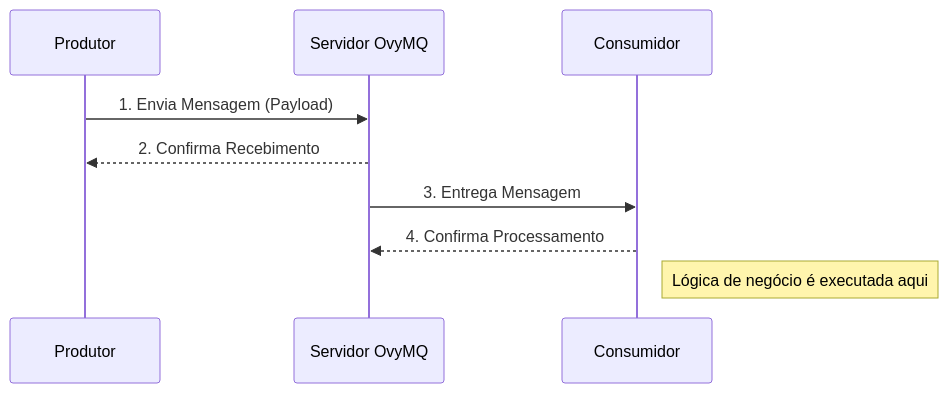
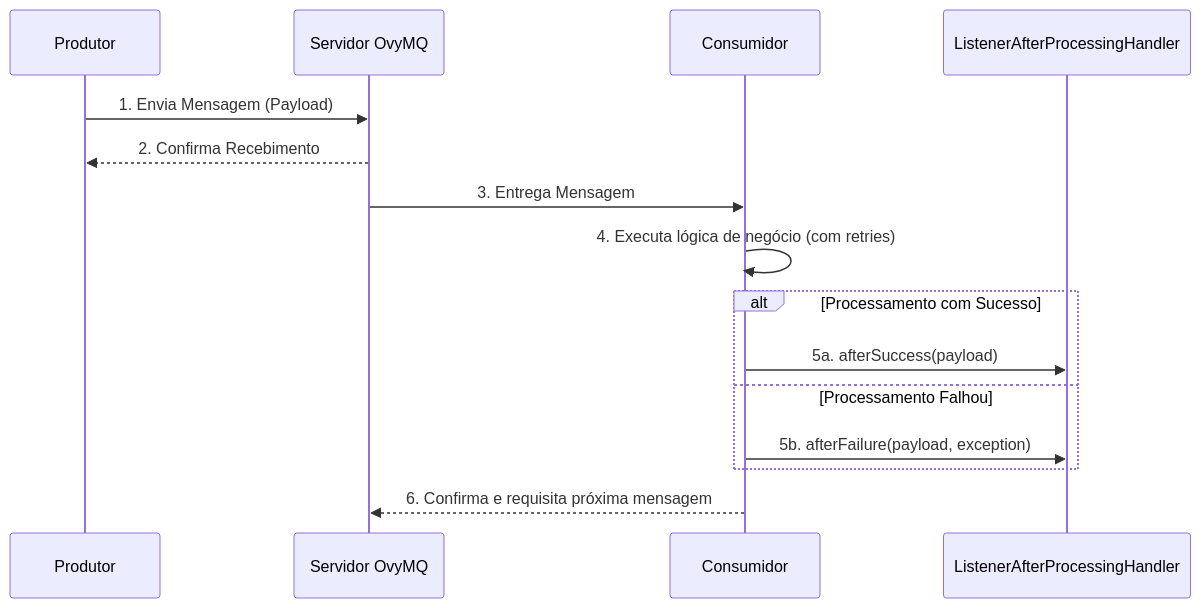
One commit to jotabrc/ovy_mq changed the third of 4 diagrams in README.md. Above: the diagram before and after it, drawn with Mermaid. The commit also changed other lines of this file and 4 other files, not shown here.

Commit message:
feat: Listener payload proccessing retries and afterSuccess or afterFailure hooks

````diff
--- a/README.md
+++ b/README.md
@@ -271,12 +286,18 @@
 ```mermaid
 sequenceDiagram
     participant Produtor
     participant Servidor OvyMQ
     participant Consumidor
+    participant ListenerAfterProcessingHandler
 
     Produtor->>Servidor OvyMQ: 1. Envia Mensagem (Payload)
     Servidor OvyMQ-->>Produtor: 2. Confirma Recebimento
     Servidor OvyMQ->>Consumidor: 3. Entrega Mensagem
-    Consumidor-->>Servidor OvyMQ: 4. Confirma Processamento
-    Note right of Consumidor: Lógica de negócio é executada aqui
+    Consumidor->>Consumidor: 4. Executa lógica de negócio (com retries)
+    alt Processamento com Sucesso
+        Consumidor->>ListenerAfterProcessingHandler: 5a. afterSuccess(payload)
+    else Processamento Falhou
+        Consumidor->>ListenerAfterProcessingHandler: 5b. afterFailure(payload, exception)
+    end
+    Consumidor-->>Servidor OvyMQ: 6. Confirma e requisita próxima mensagem
 ```
````
